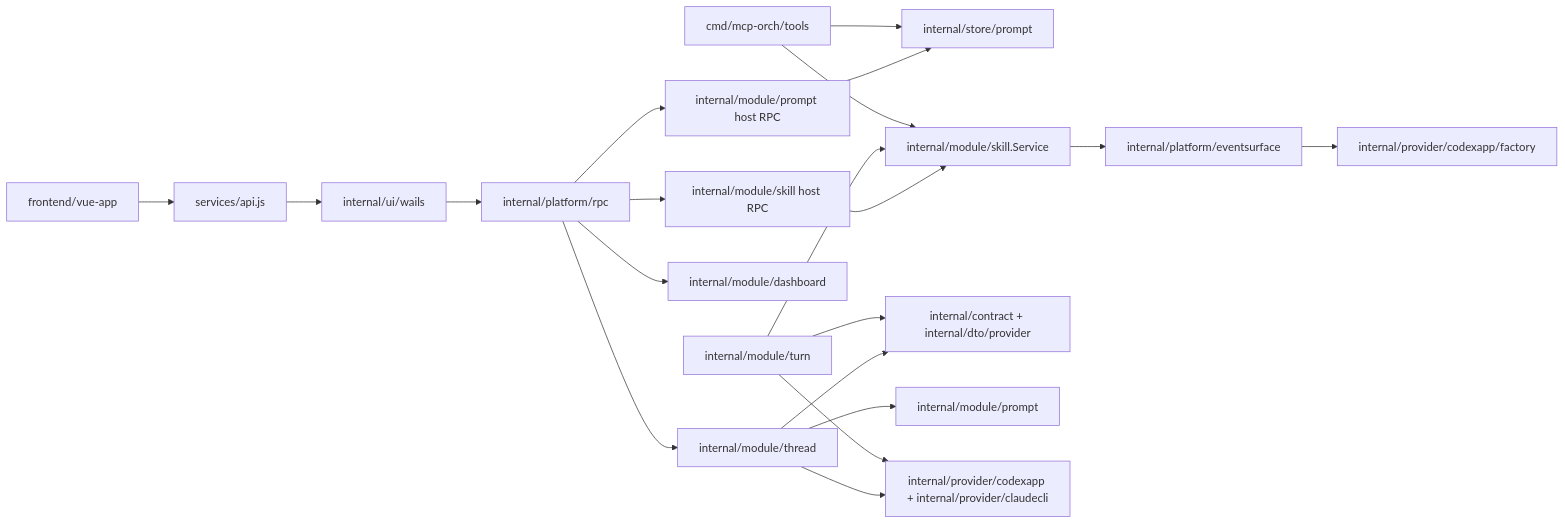
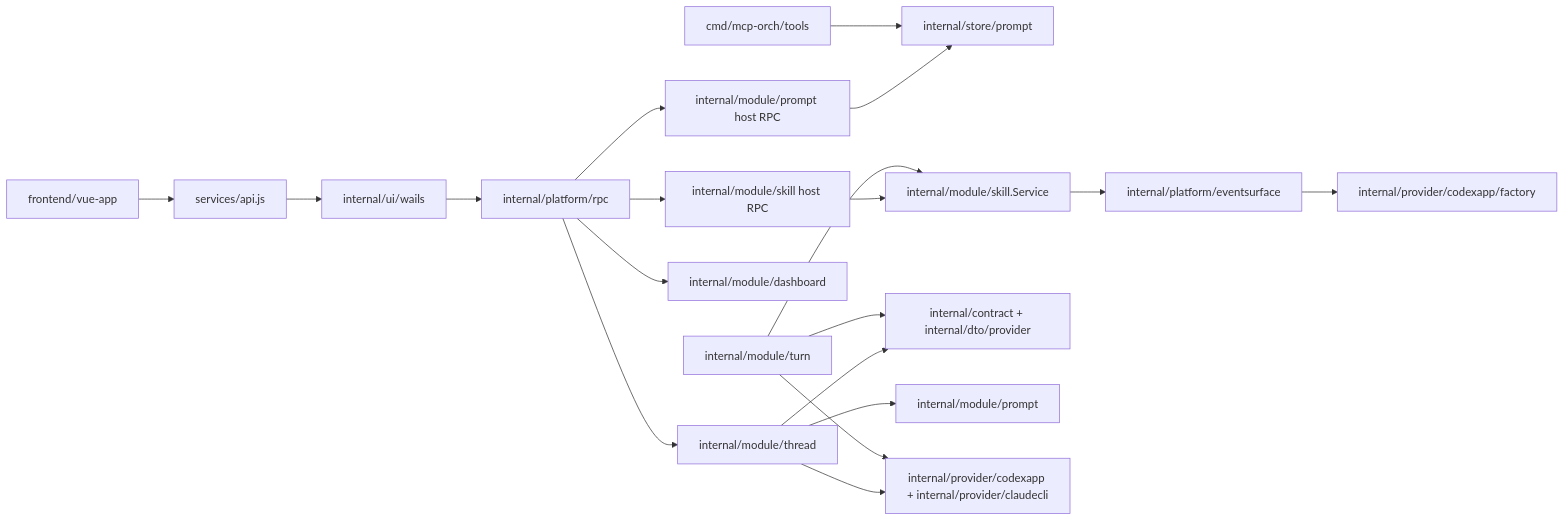
The second of 2 diagrams in docs/plans/迁移/p20/README.md (lihah111222333-cloud/Super-Dolphin-Agent-Cockpit), drawn with Mermaid before and after one commit. The commit also changed other lines of this file and 11 other files, not shown here.

First line of the commit message:
docs(p20): 废弃 P20.11 MCP skill tools — skill 是宿主独有能力，不属于编排层

````diff
--- a/docs/plans/迁移/p20/README.md
+++ b/docs/plans/迁移/p20/README.md
@@ -165,27 +167,27 @@
 ```mermaid
 flowchart LR
   FE[frontend/vue-app] --> API[services/api.js]
   API --> Wails[internal/ui/wails]
   Wails --> RPC[internal/platform/rpc]
 
   RPC --> PromptRPC[internal/module/prompt host RPC]
   RPC --> SkillRPC[internal/module/skill host RPC]
   RPC --> ThreadRPC[internal/module/thread]
   RPC --> DashboardRPC[internal/module/dashboard]
 
   PromptRPC --> PromptStore[internal/store/prompt]
   SkillRPC --> SkillSvc[internal/module/skill.Service]
   ThreadRPC --> Contract[internal/contract + internal/dto/provider]
   ThreadRPC --> PromptAsm[internal/module/prompt]
   ThreadRPC --> Providers[internal/provider/codexapp + internal/provider/claudecli]
 
   Turn[internal/module/turn] --> SkillSvc
   Turn --> Contract
   Turn --> Providers
 
   SkillSvc --> EventSurface[internal/platform/eventsurface]
   EventSurface --> CodexBridge[internal/provider/codexapp/factory]
 
   MCP[cmd/mcp-orch/tools] --> PromptStore
-  MCP --> SkillSvc
+
 ```
````
